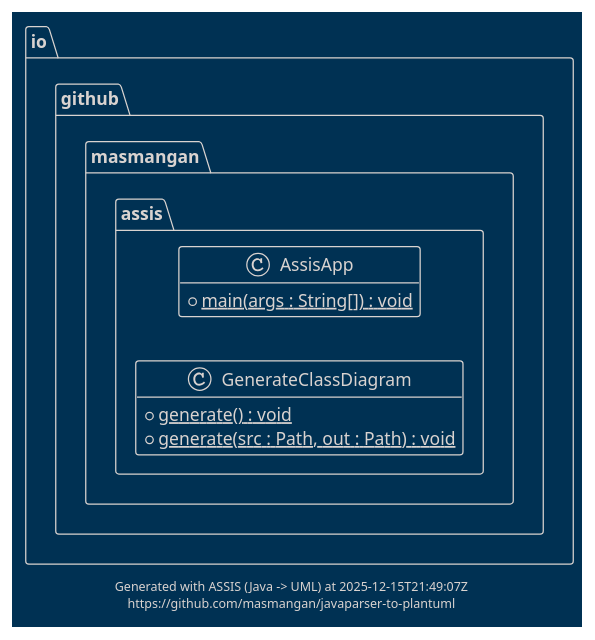
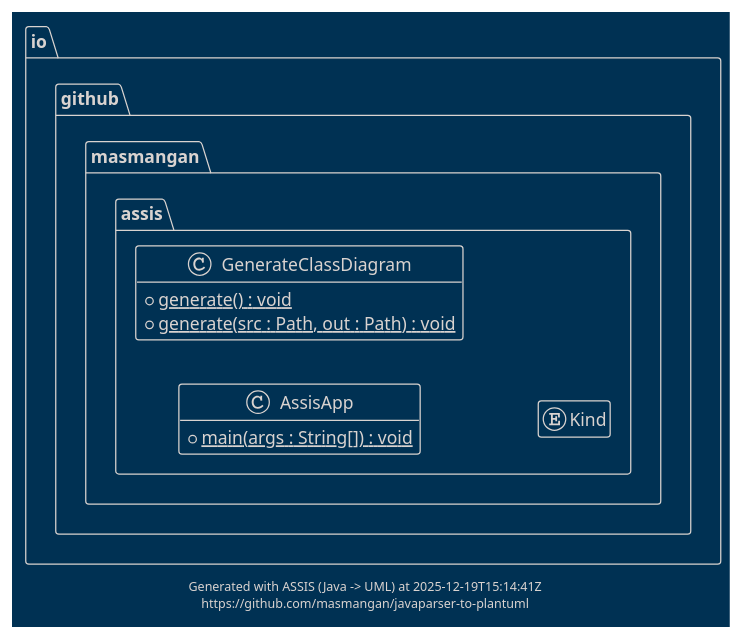
Before and after one commit to masmangan/javaparser-to-plantuml: the diagram in docs/uml/class-diagram.puml, drawn with PlantUML. The commit also changed 2 other files, not shown here.

```diff
--- a/docs/uml/class-diagram.puml
+++ b/docs/uml/class-diagram.puml
@@ -1,21 +1,23 @@
 @startuml class-diagram
 hide empty members
 !theme blueprint
 package "io.github.masmangan.assis" {
 class AssisApp{
   + main(args : String[]) : void {static}
 }
 class GenerateClassDiagram{
   + generate() : void {static}
   + generate(src : Path, out : Path) : void {static}
 }
+enum Kind {
+}
 }
 
 left to right direction
 
 center footer
-Generated with ASSIS (Java -> UML) at 2025-12-15T21:49:07Z
+Generated with ASSIS (Java -> UML) at 2025-12-19T15:14:41Z
 https://github.com/masmangan/javaparser-to-plantuml
 end footer
 
 @enduml
```
